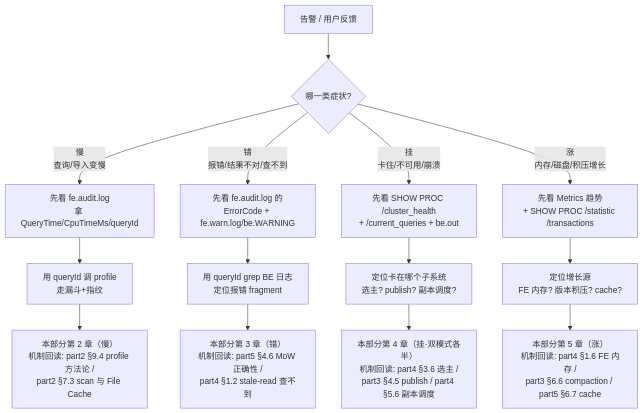
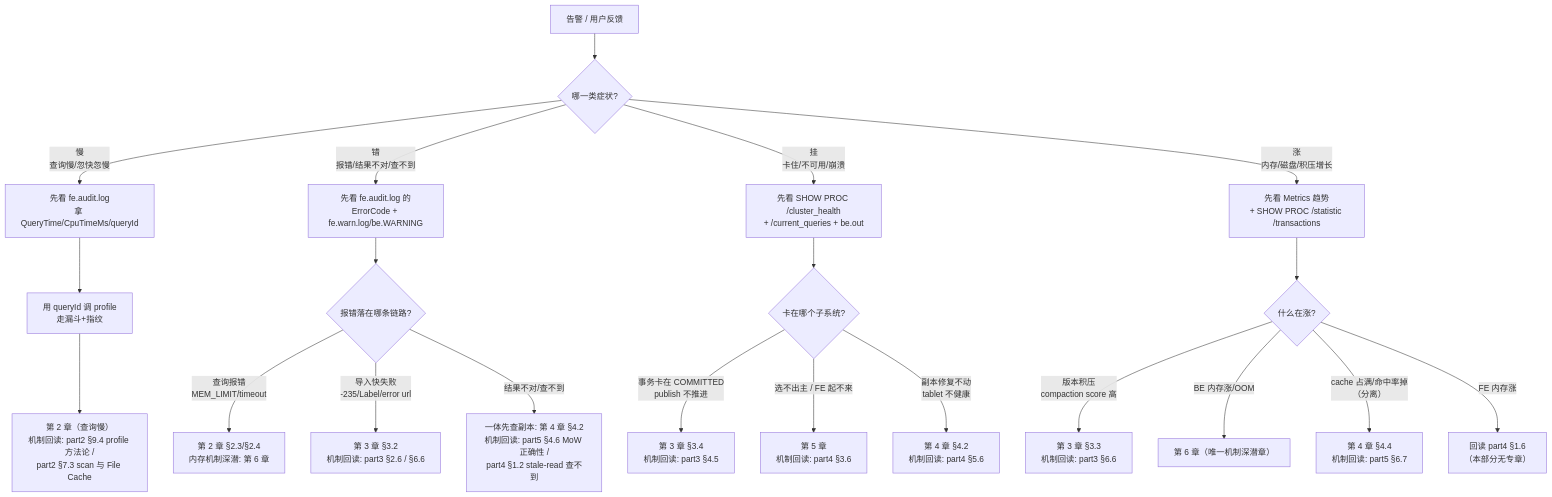
The diagram in docs/doris-internals/part6-operations/01-toolbox.md (Joseph295/doris), drawn with Mermaid before and after one commit. The commit also changed other lines of this file and 6 other files, not shown here.

````diff
--- a/docs/doris-internals/part6-operations/01-toolbox.md
+++ b/docs/doris-internals/part6-operations/01-toolbox.md
@@ -154,21 +155,28 @@
 ```mermaid
 flowchart TD
     S[告警 / 用户反馈] --> Q{哪一类症状?}
 
-    Q -->|慢<br/>查询/导入变慢| SLOW[先看 fe.audit.log<br/>拿 QueryTime/CpuTimeMs/queryId]
+    Q -->|慢<br/>查询慢/忽快忽慢| SLOW[先看 fe.audit.log<br/>拿 QueryTime/CpuTimeMs/queryId]
     Q -->|错<br/>报错/结果不对/查不到| ERR[先看 fe.audit.log 的<br/>ErrorCode + fe.warn.log/be.WARNING]
     Q -->|挂<br/>卡住/不可用/崩溃| HANG[先看 SHOW PROC /cluster_health<br/>+ /current_queries + be.out]
     Q -->|涨<br/>内存/磁盘/积压增长| GROW[先看 Metrics 趋势<br/>+ SHOW PROC /statistic /transactions]
 
     SLOW --> SLOW2[用 queryId 调 profile<br/>走漏斗+指纹]
-    SLOW2 --> C2["本部分第 2 章（慢）<br/>机制回读: part2 §9.4 profile 方法论 /<br/>part2 §7.3 scan 与 File Cache"]
+    SLOW2 --> C2["第 2 章（查询慢）<br/>机制回读: part2 §9.4 profile 方法论 /<br/>part2 §7.3 scan 与 File Cache"]
 
-    ERR --> ERR2[用 queryId grep BE 日志<br/>定位报错 fragment]
-    ERR2 --> C3["本部分第 3 章（错）<br/>机制回读: part5 §4.6 MoW 正确性 /<br/>part4 §1.2 stale-read 查不到"]
+    ERR --> ERR2{报错落在哪条链路?}
+    ERR2 -->|查询报错<br/>MEM_LIMIT/timeout| E1["第 2 章 §2.3/§2.4<br/>内存机制深潜: 第 6 章"]
+    ERR2 -->|导入快失败<br/>-235/Label/error url| E2["第 3 章 §3.2<br/>机制回读: part3 §2.6 / §6.6"]
+    ERR2 -->|结果不对/查不到| E3["一体先查副本: 第 4 章 §4.2<br/>机制回读: part5 §4.6 MoW 正确性 /<br/>part4 §1.2 stale-read 查不到"]
 
-    HANG --> HANG2[定位卡在哪个子系统<br/>选主? publish? 副本调度?]
-    HANG2 --> C4["本部分第 4 章（挂·双模式各半）<br/>机制回读: part4 §3.6 选主 /<br/>part3 §4.5 publish / part4 §5.6 副本调度"]
+    HANG --> HANG2{卡在哪个子系统?}
+    HANG2 -->|事务卡在 COMMITTED<br/>publish 不推进| H1["第 3 章 §3.4<br/>机制回读: part3 §4.5"]
+    HANG2 -->|选不出主 / FE 起不来| H2["第 5 章<br/>机制回读: part4 §3.6"]
+    HANG2 -->|副本修复不动<br/>tablet 不健康| H3["第 4 章 §4.2<br/>机制回读: part4 §5.6"]
 
-    GROW --> GROW2[定位增长源<br/>FE 内存? 版本积压? cache?]
-    GROW2 --> C5["本部分第 5 章（涨）<br/>机制回读: part4 §1.6 FE 内存 /<br/>part3 §6.6 compaction / part5 §6.7 cache"]
+    GROW --> GROW2{什么在涨?}
+    GROW2 -->|版本积压<br/>compaction score 高| G1["第 3 章 §3.3<br/>机制回读: part3 §6.6"]
+    GROW2 -->|BE 内存涨/OOM| G2["第 6 章（唯一机制深潜章）"]
+    GROW2 -->|cache 占满/命中率掉<br/>（分离）| G3["第 4 章 §4.4<br/>机制回读: part5 §6.7"]
+    GROW2 -->|FE 内存涨| G4["回读 part4 §1.6<br/>（本部分无专章）"]
 ```
````
